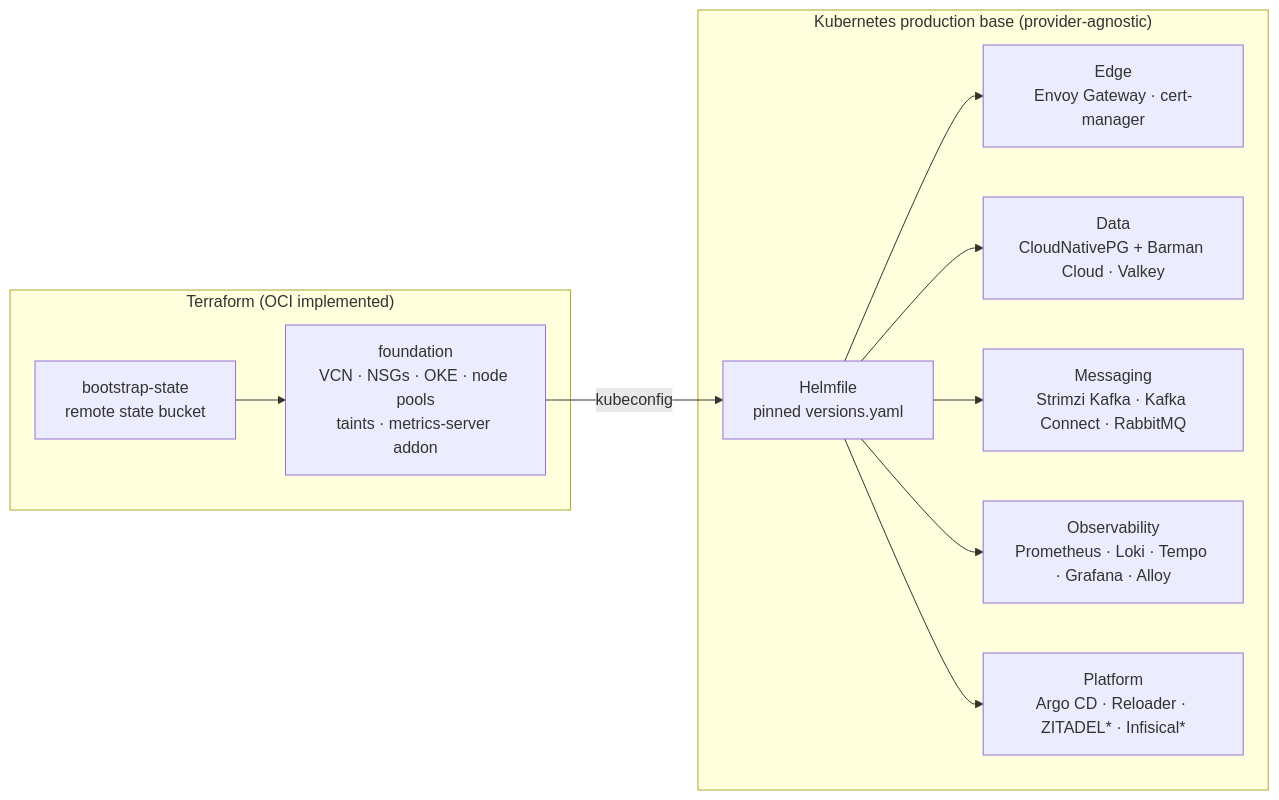
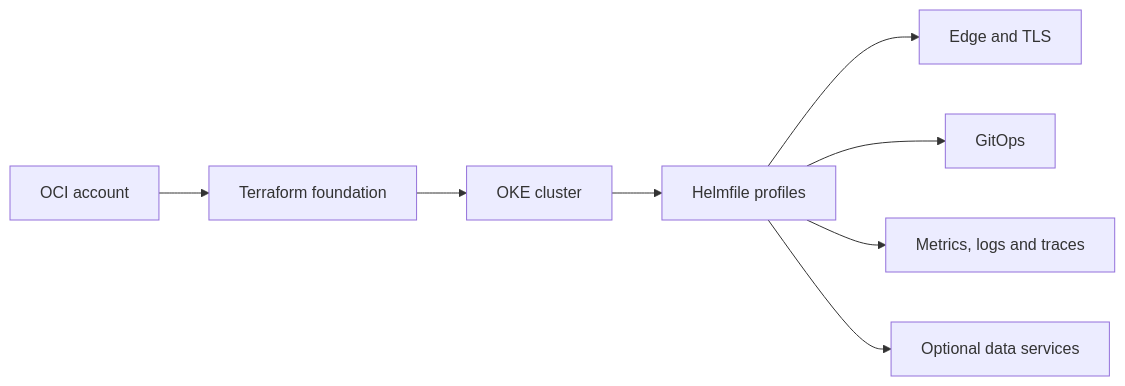
One commit to pyahu/open-cluster-foundation changed the diagram in README.md. Above: the diagram before and after it, drawn with Mermaid. The commit also changed other lines of this file and 17 other files, not shown here.

````diff
--- a/README.md
+++ b/README.md
@@ -24,14 +45,10 @@
 ```mermaid
 flowchart LR
-  subgraph tf ["Terraform (OCI implemented)"]
-    A["bootstrap-state<br/>remote state bucket"] --> B["foundation<br/>VCN · NSGs · OKE · node pools<br/>taints · metrics-server addon"]
-  end
-  B -- kubeconfig --> C["Helmfile<br/>pinned versions.yaml"]
-  subgraph base ["Kubernetes production base (provider-agnostic)"]
-    C --> D["Edge<br/>Envoy Gateway · cert-manager"]
-    C --> E["Data<br/>CloudNativePG + Barman Cloud · Valkey"]
-    C --> F["Messaging<br/>Strimzi Kafka · Kafka Connect · RabbitMQ"]
-    C --> G["Observability<br/>Prometheus · Loki · Tempo · Grafana · Alloy"]
-    C --> H["Platform<br/>Argo CD · Reloader · ZITADEL* · Infisical*"]
-  end
+  A["OCI account"] --> B["Terraform foundation"]
+  B --> C["OKE cluster"]
+  C --> D["Helmfile profiles"]
+  D --> E["Edge and TLS"]
+  D --> F["GitOps"]
+  D --> G["Metrics, logs and traces"]
+  D --> H["Optional data services"]
 ```
````
